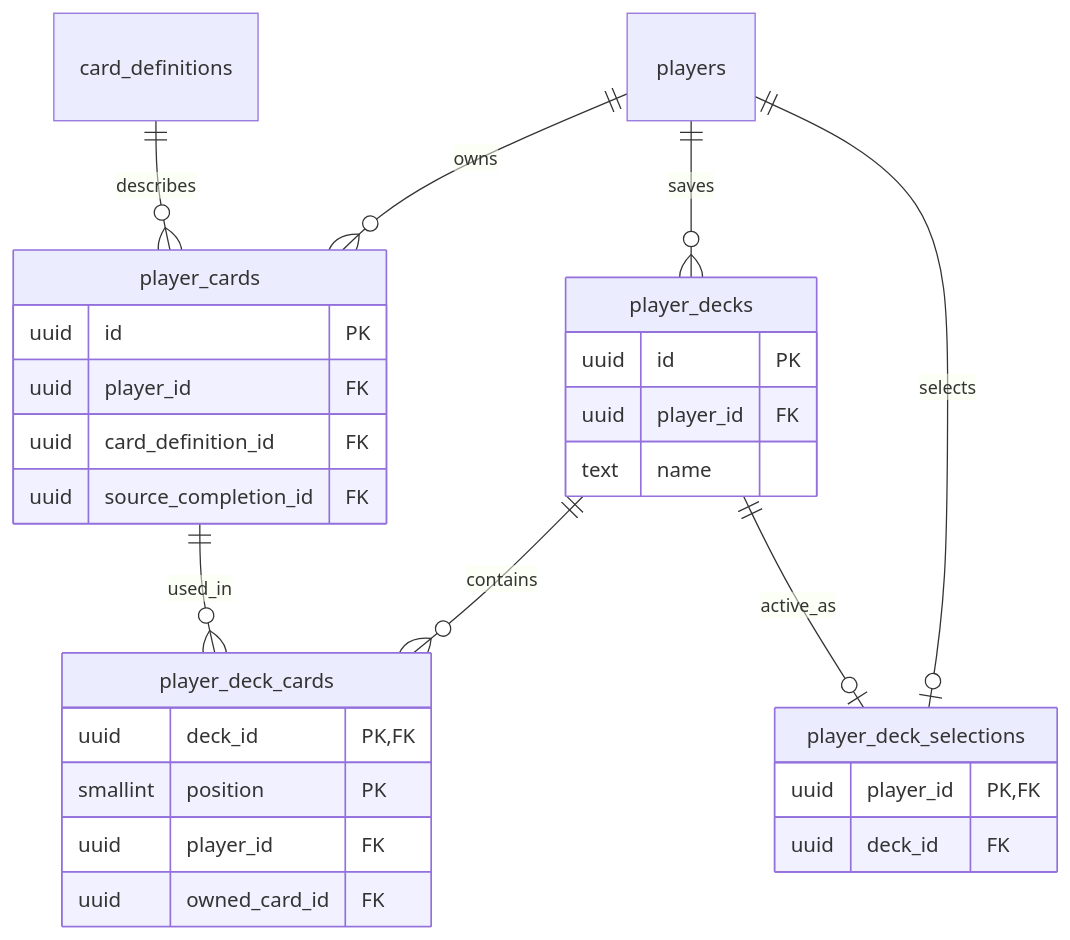
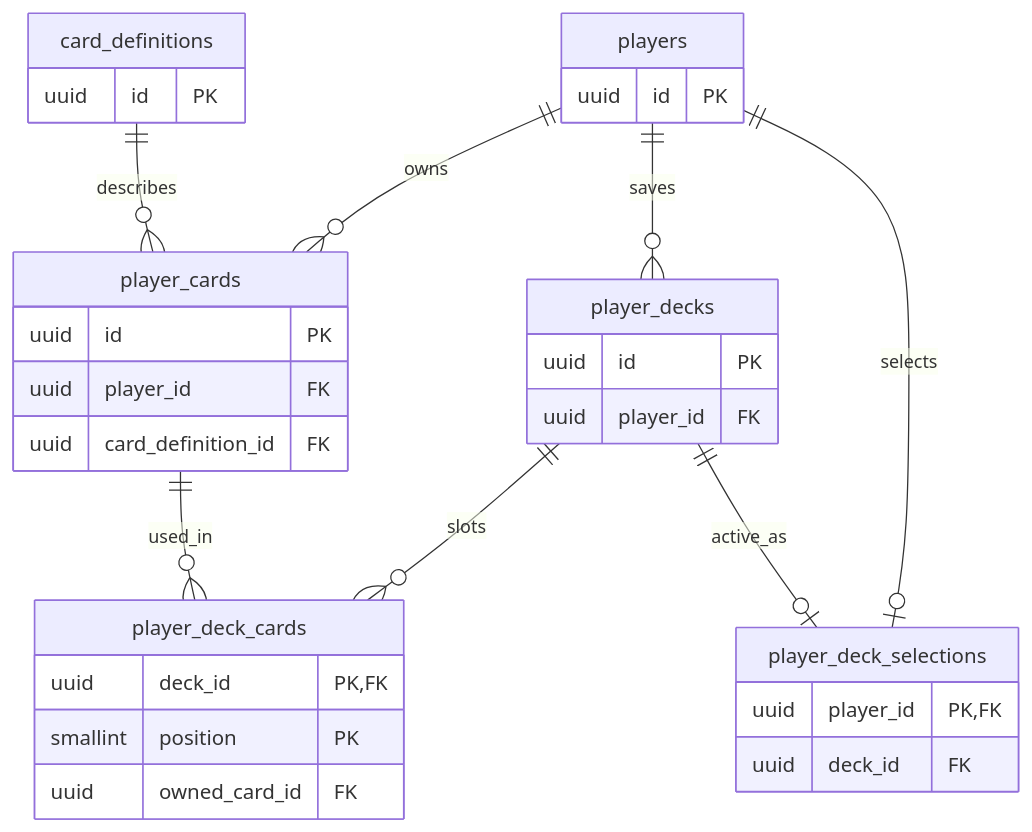
Before and after one commit to Gradient-Ascenders/Wits-World: the second of 4 diagrams in docs/architecture/diagrams/database-relationships.md, drawn with Mermaid. The commit also changed other lines of this file and 28 other files, not shown here.

First line of the commit message:
[docs] refresh setup and architecture guides and diagrams

````diff
--- a/docs/architecture/diagrams/database-relationships.md
+++ b/docs/architecture/diagrams/database-relationships.md
@@ -93,33 +82,39 @@
 ```mermaid
 erDiagram
-    accTitle: Card ownership and saved decks
-    accDescr: Players own individual copies of shared card definitions. Deck slots reference those owned copies. A player may select one active deck.
+    direction TB
+    accTitle: Saved decks reference individual owned card copies
+    accDescr: Players own copies of card definitions and save decks. Deck slots reference owned copies belonging to that deck's player. A selection record identifies the player's active deck.
+
     players ||--o{ player_cards : owns
     card_definitions ||--o{ player_cards : describes
     players ||--o{ player_decks : saves
-    player_decks ||--o{ player_deck_cards : contains
+    player_decks ||--o{ player_deck_cards : slots
     player_cards ||--o{ player_deck_cards : used_in
     players ||--o| player_deck_selections : selects
     player_decks ||--o| player_deck_selections : active_as
+
+    players {
+        uuid id PK
+    }
+    card_definitions {
+        uuid id PK
+    }
     player_cards {
         uuid id PK
         uuid player_id FK
         uuid card_definition_id FK
-        uuid source_completion_id FK
     }
     player_decks {
         uuid id PK
         uuid player_id FK
-        text name
     }
     player_deck_cards {
         uuid deck_id PK, FK
         smallint position PK
-        uuid player_id FK
         uuid owned_card_id FK
     }
     player_deck_selections {
         uuid player_id PK, FK
         uuid deck_id FK
     }
 ```
````
